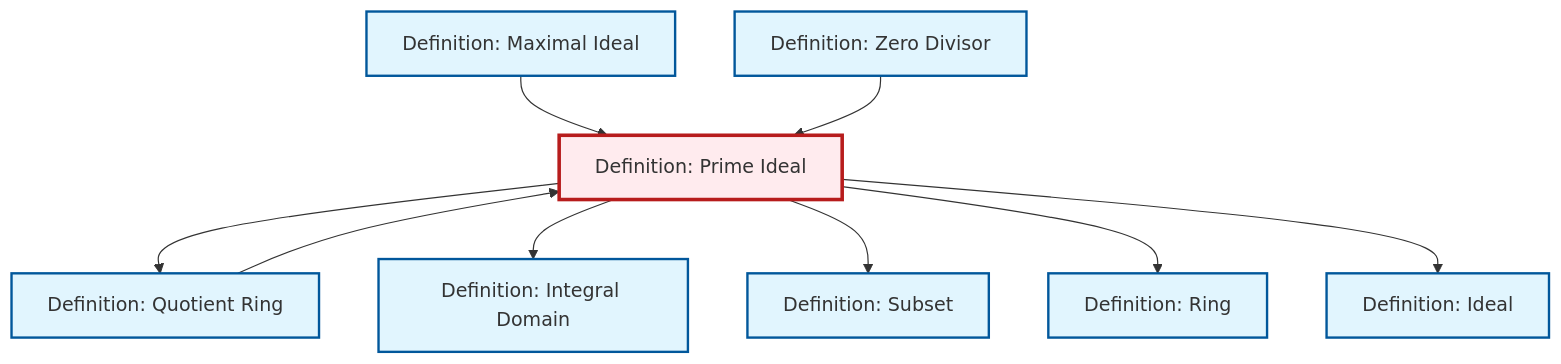
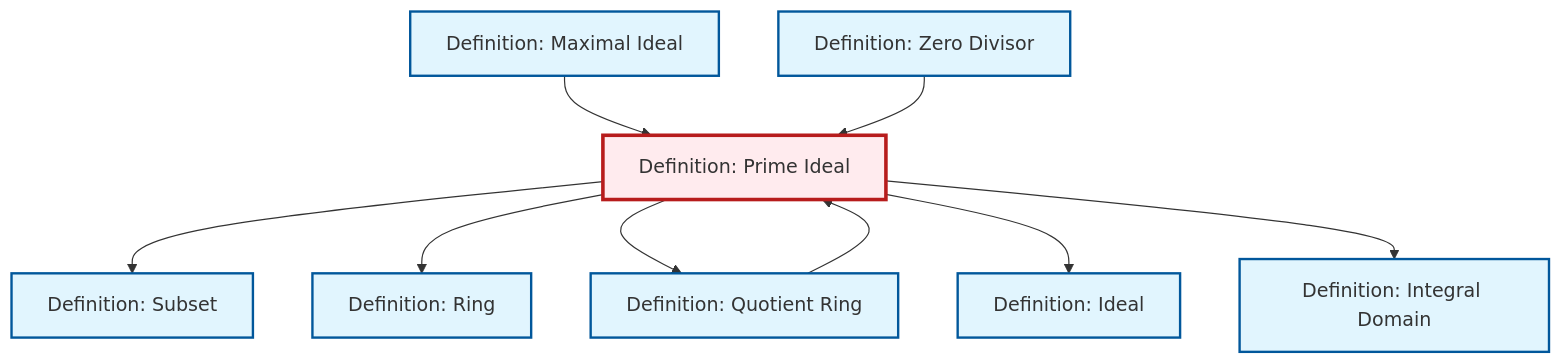
The diagram in content/en/algebra/def-prime-ideal.qmd (RK0429/ModernMath), drawn with Mermaid before and after one commit. The commit also changed other lines of this file and 1012 other files, not shown here.

````diff
--- a/content/en/algebra/def-prime-ideal.qmd
+++ b/content/en/algebra/def-prime-ideal.qmd
@@ -85,33 +85,33 @@
 ```{mermaid}
 %%| fig-cap: "Local dependency graph"
 graph TD
     classDef definition fill:#e1f5fe,stroke:#01579b,stroke-width:2px
     classDef theorem fill:#f3e5f5,stroke:#4a148c,stroke-width:2px
     classDef axiom fill:#fff3e0,stroke:#e65100,stroke-width:2px
     classDef example fill:#e8f5e9,stroke:#1b5e20,stroke-width:2px
     classDef current fill:#ffebee,stroke:#b71c1c,stroke-width:3px
-    def-zero-divisor["Definition: Zero Divisor"]:::definition
+    def-ring["Definition: Ring"]:::definition
+    def-maximal-ideal["Definition: Maximal Ideal"]:::definition
+    def-subset["Definition: Subset"]:::definition
     def-prime-ideal["Definition: Prime Ideal"]:::definition
-    def-ideal["Definition: Ideal"]:::definition
-    def-maximal-ideal["Definition: Maximal Ideal"]:::definition
     def-quotient-ring["Definition: Quotient Ring"]:::definition
     def-integral-domain["Definition: Integral Domain"]:::definition
-    def-ring["Definition: Ring"]:::definition
-    def-subset["Definition: Subset"]:::definition
-    def-prime-ideal --> def-quotient-ring
-    def-prime-ideal --> def-integral-domain
-    def-prime-ideal --> def-subset
+    def-ideal["Definition: Ideal"]:::definition
+    def-zero-divisor["Definition: Zero Divisor"]:::definition
     def-quotient-ring --> def-prime-ideal
-    def-prime-ideal --> def-ring
     def-maximal-ideal --> def-prime-ideal
     def-zero-divisor --> def-prime-ideal
+    def-prime-ideal --> def-subset
+    def-prime-ideal --> def-ring
+    def-prime-ideal --> def-quotient-ring
     def-prime-ideal --> def-ideal
+    def-prime-ideal --> def-integral-domain
     class def-prime-ideal current
-    click def-zero-divisor "def-zero-divisor.html" "Go to Zero Divisor definition"
-    click def-ideal "def-ideal.html" "Go to Ideal definition"
+    click def-ring "def-ring.html" "Go to Ring definition"
     click def-maximal-ideal "def-maximal-ideal.html" "Go to Maximal Ideal definition"
+    click def-subset "def-subset.html" "Go to Subset definition"
     click def-quotient-ring "def-quotient-ring.html" "Go to Quotient Ring definition"
     click def-integral-domain "def-integral-domain.html" "Go to Integral Domain definition"
-    click def-ring "def-ring.html" "Go to Ring definition"
-    click def-subset "def-subset.html" "Go to Subset definition"
+    click def-ideal "def-ideal.html" "Go to Ideal definition"
+    click def-zero-divisor "def-zero-divisor.html" "Go to Zero Divisor definition"
 ```
````
